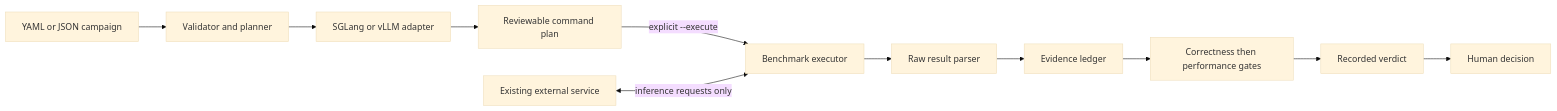
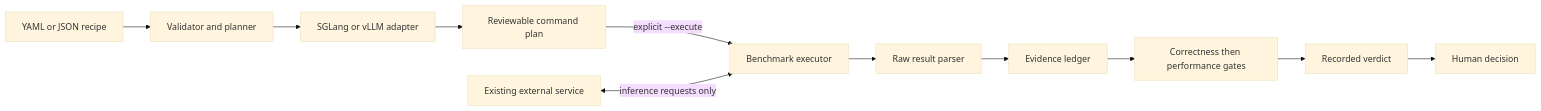
One commit to huangzhilin-hzl/euboulia changed the first of 2 diagrams in docs/architecture.md. Above: the diagram before and after it, drawn with Mermaid (base theme). The commit also changed other lines of this file and 42 other files, not shown here.

````diff
--- a/docs/architecture.md
+++ b/docs/architecture.md
@@ -24,13 +27,13 @@
 ```mermaid
 flowchart LR
-    C["YAML or JSON campaign"] --> V["Validator and planner"]
+    C["YAML or JSON recipe"] --> V["Validator and planner"]
     V --> A["SGLang or vLLM adapter"]
     A --> P["Reviewable command plan"]
     P -->|"explicit --execute"| X["Benchmark executor"]
     S["Existing external service"] <-->|"inference requests only"| X
     X --> R["Raw result parser"]
     R --> L["Evidence ledger"]
     L --> G["Correctness then performance gates"]
     G --> D["Recorded verdict"]
     D --> H["Human decision"]
 ```
````
